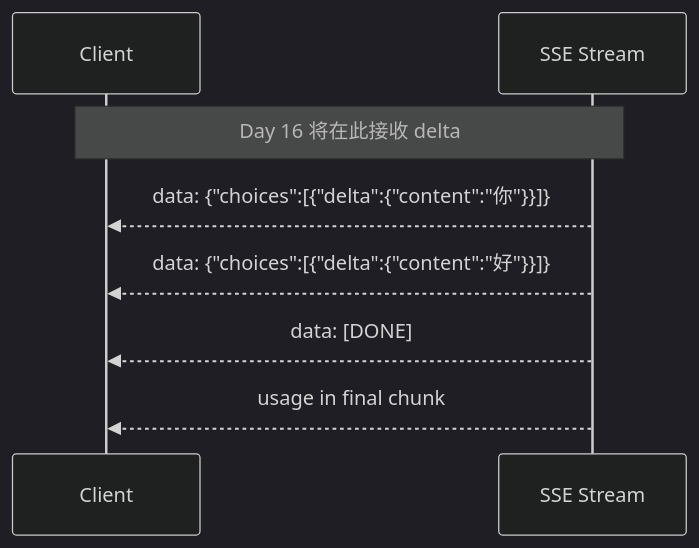
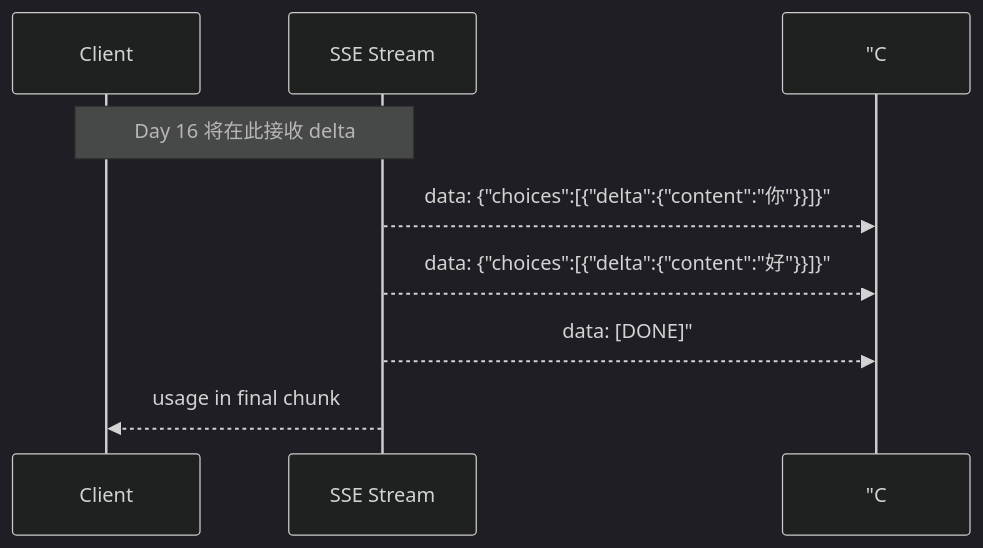
Before and after one commit to ab6539763/70_days_course_plus: the sixth of 6 diagrams in course/day15/04_流程图与示意图.md, drawn with Mermaid (dark theme). The commit also changed other lines of this file and 134 other files, not shown here.

````diff
--- a/course/day15/04_流程图与示意图.md
+++ b/course/day15/04_流程图与示意图.md
@@ -131,10 +131,10 @@
 ```mermaid
 sequenceDiagram
     participant C as Client
     participant S as SSE Stream
   Note over C,S: Day 16 将在此接收 delta
-    S-->>C: data: {"choices":[{"delta":{"content":"你"}}]}
-    S-->>C: data: {"choices":[{"delta":{"content":"好"}}]}
-    S-->>C: data: [DONE]
+    S-->> "C: data: {"choices":[{"delta":{"content":"你"}}]}"
+    S-->> "C: data: {"choices":[{"delta":{"content":"好"}}]}"
+    S-->> "C: data: [DONE]"
     S-->>C: usage in final chunk
 ```
````
